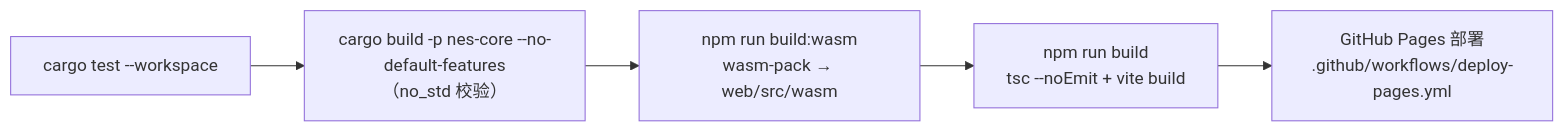
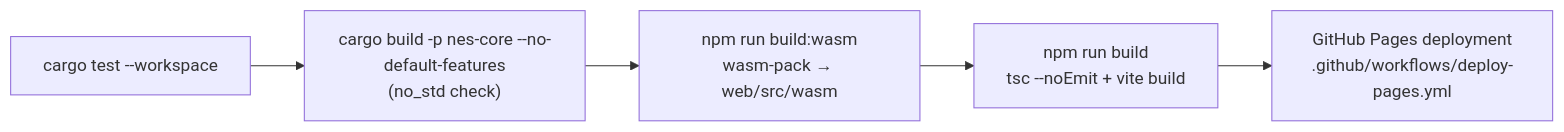
One commit to YufJi/nes-emulator changed diagram 13 of 13 in docs/architecture.md. Above: the diagram before and after it, drawn with Mermaid. The commit also changed other lines of this file and 8 other files, not shown here.

````diff
--- a/docs/architecture.md
+++ b/docs/architecture.md
@@ -694,7 +760,7 @@
 ```mermaid
 flowchart LR
-    A["cargo test --workspace"] --> B["cargo build -p nes-core --no-default-features<br/>（no_std 校验）"]
+    A["cargo test --workspace"] --> B["cargo build -p nes-core --no-default-features<br/>(no_std check)"]
     B --> C["npm run build:wasm<br/>wasm-pack → web/src/wasm"]
     C --> D["npm run build<br/>tsc --noEmit + vite build"]
-    D --> E["GitHub Pages 部署<br/>.github/workflows/deploy-pages.yml"]
+    D --> E["GitHub Pages deployment<br/>.github/workflows/deploy-pages.yml"]
 ```
````
